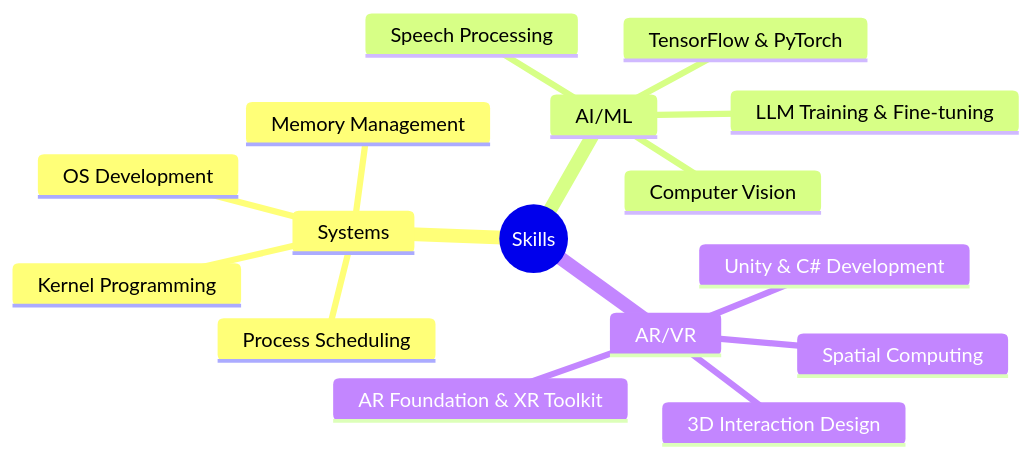
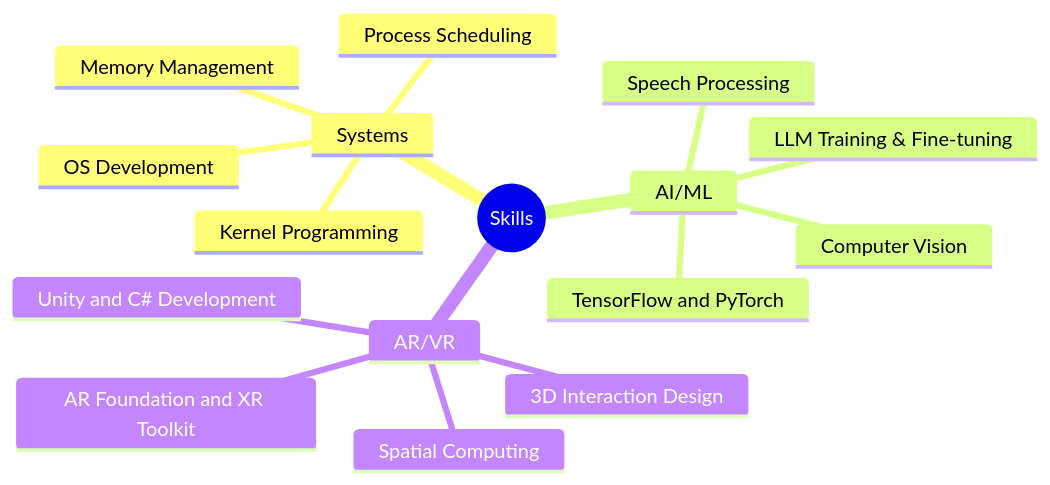
Before and after one commit to Mason-Baloun/Mason-Baloun: the diagram in README.md, drawn with Mermaid.

````diff
--- a/README.md
+++ b/README.md
@@ -101,19 +101,19 @@
 ```mermaid
 mindmap
   root((Skills))
     Systems
       OS Development
       Kernel Programming
       Memory Management
       Process Scheduling
     AI/ML
       LLM Training & Fine-tuning
-      TensorFlow & PyTorch
+      TensorFlow and PyTorch
       Computer Vision
       Speech Processing
     AR/VR
       Spatial Computing
       3D Interaction Design
-      Unity & C# Development
-      AR Foundation & XR Toolkit
+      Unity and C# Development
+      AR Foundation and XR Toolkit
 ```
````
